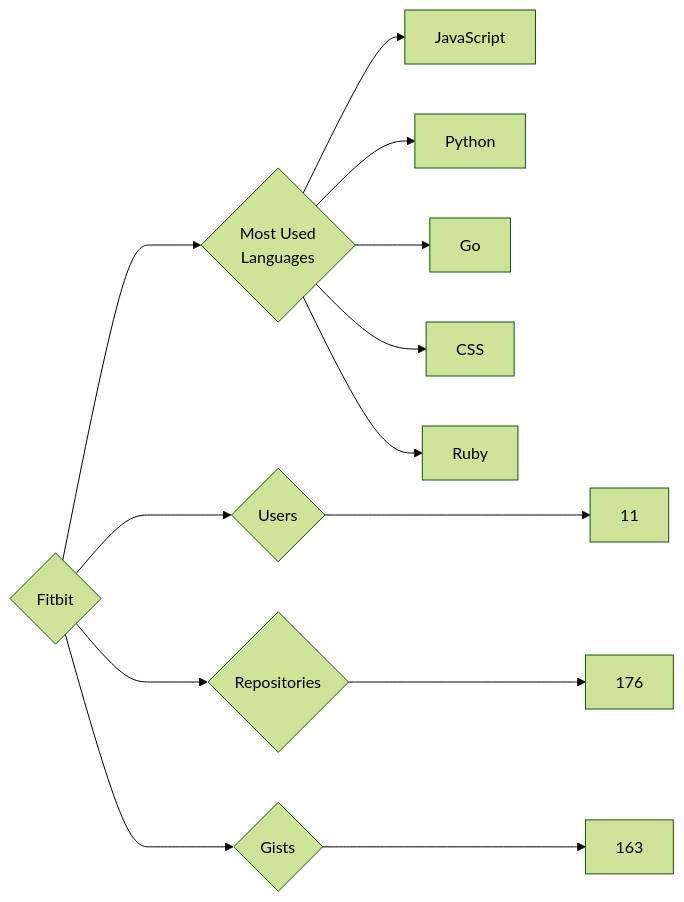
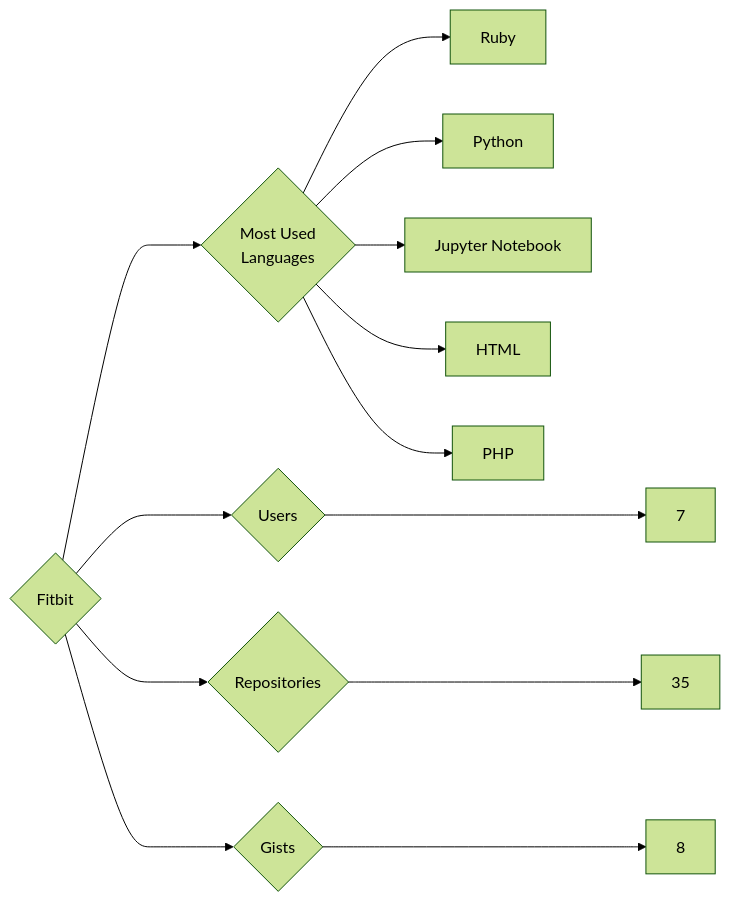
The diagram in targets/Fitbit/README.md (trickest/insiders), drawn with Mermaid (forest theme) before and after one commit. The commit also changed 934 other files, not shown here.

````diff
--- a/targets/Fitbit/README.md
+++ b/targets/Fitbit/README.md
@@ -3,13 +3,13 @@
 ```mermaid
 graph LR
 COMPANY_NAME{Fitbit}
-COMPANY_NAME ---> U{Users} ---> UN[11]
-COMPANY_NAME ---> R{Repositories} ---> RN[176]
-COMPANY_NAME ---> G{Gists} ---> GN[163]
+COMPANY_NAME ---> U{Users} ---> UN[7]
+COMPANY_NAME ---> R{Repositories} ---> RN[35]
+COMPANY_NAME ---> G{Gists} ---> GN[8]
 COMPANY_NAME ---> ML{Most Used<br>Languages}
-ML --> JavaScript[JavaScript]
+ML --> Ruby[Ruby]
 ML --> Python[Python]
-ML --> Go[Go]
-ML --> CSS[CSS]
-ML --> Ruby[Ruby]
+ML --> Jupyter_Notebook[Jupyter Notebook]
+ML --> HTML[HTML]
+ML --> PHP[PHP]
 ```
````
